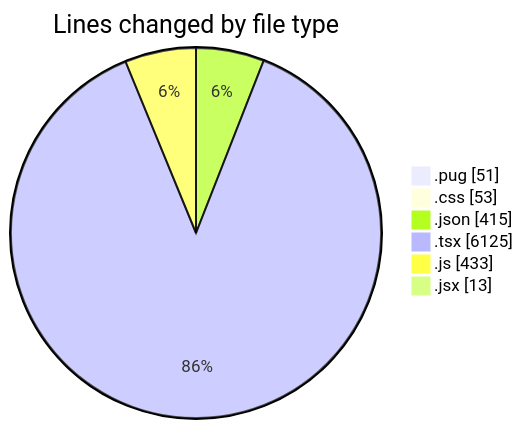
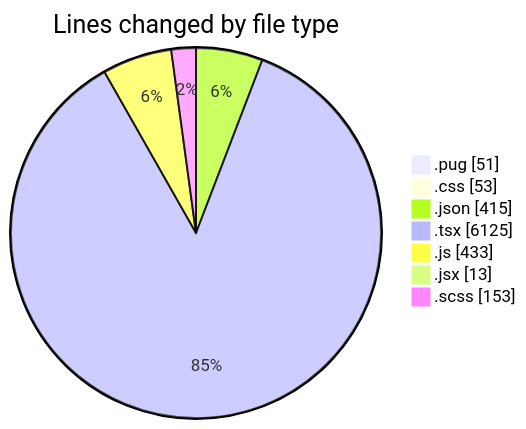
Before and after one commit to momahboobian/code-tracking: the first of 2 diagrams in 2025-11-06/cda/README.md, drawn with Mermaid. The commit also changed other lines of this file and 1 other file, not shown here.

````diff
--- a/2025-11-06/cda/README.md
+++ b/2025-11-06/cda/README.md
@@ -40,10 +41,11 @@
 ```mermaid
 pie showData
 title Lines changed by file type
 ".pug" : 51
 ".css" : 53
 ".json" : 415
 ".tsx" : 6125
 ".js" : 433
 ".jsx" : 13
+".scss" : 153
 ```
````
